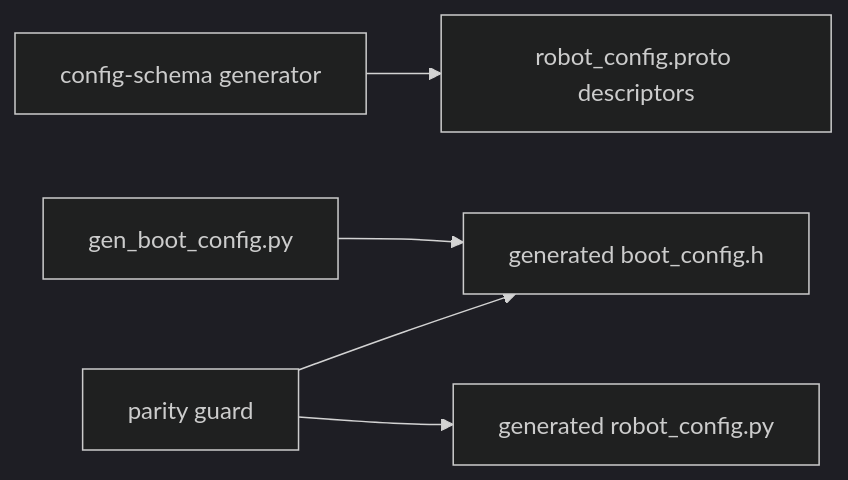
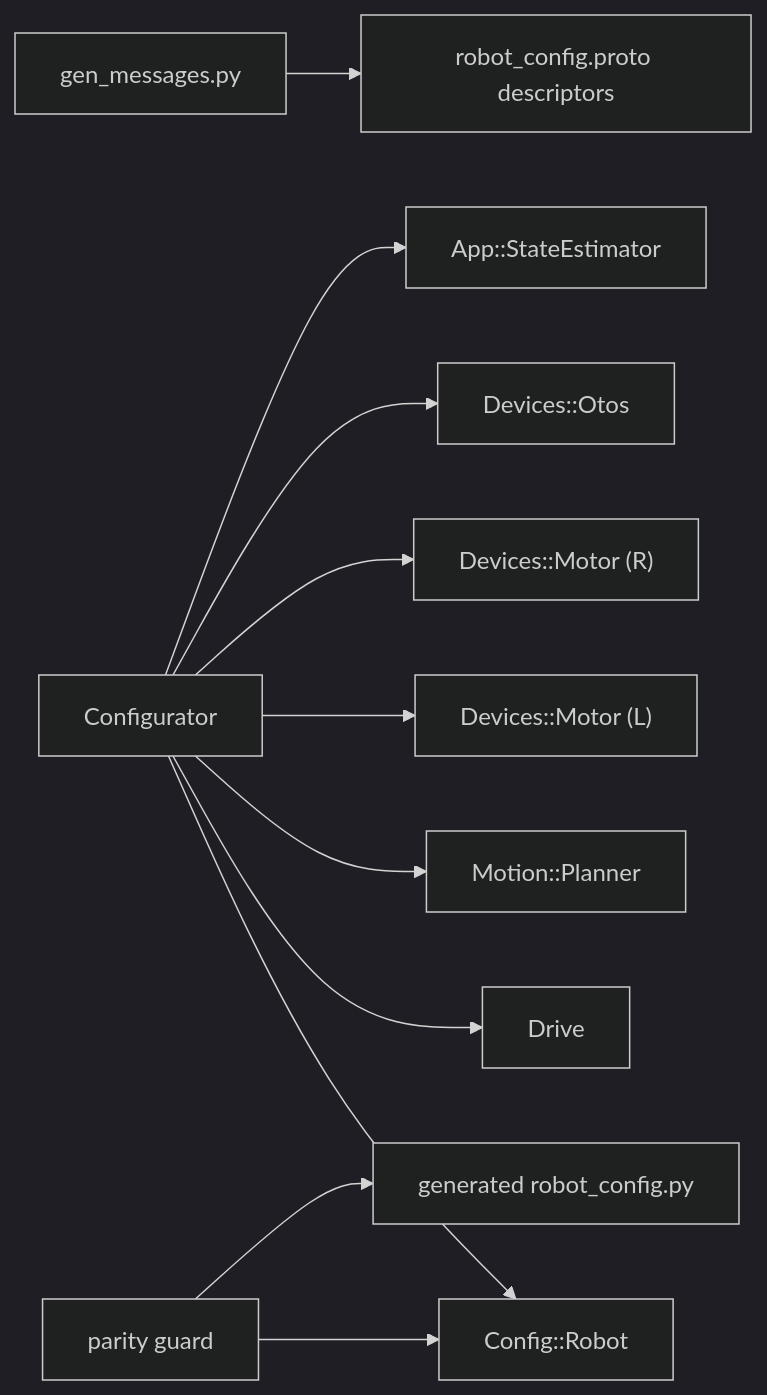
Before and after one commit to League-Robotics/radio-robot: the second of 2 diagrams in clasi/sprints/132-configuration-discipline-read-back-and-per-wheel-drive-calibration-over-the-wire/sprint.md, drawn with Mermaid (dark theme). The commit also changed other lines of this file and 20 other files, not shown here.

````diff
--- a/clasi/sprints/132-configuration-discipline-read-back-and-per-wheel-drive-calibration-over-the-wire/sprint.md
+++ b/clasi/sprints/132-configuration-discipline-read-back-and-per-wheel-drive-calibration-over-the-wire/sprint.md
@@ -460,7 +699,13 @@
 ```mermaid
 graph LR
-    SchemaGen2["config-schema generator"] --> Proto2["robot_config.proto descriptors"]
-    Baker2["gen_boot_config.py"] --> CppStructs2["generated boot_config.h"]
-    ParityGuard2["parity guard"] --> CppStructs2
+    Gen2["gen_messages.py"] --> Proto2["robot_config.proto descriptors"]
+    Configurator2["Configurator"] --> ConfigRobot2["Config::Robot"]
+    Configurator2 --> Drive2["Drive"]
+    Configurator2 --> Planner2["Motion::Planner"]
+    Configurator2 --> MotorL2["Devices::Motor (L)"]
+    Configurator2 --> MotorR2["Devices::Motor (R)"]
+    Configurator2 --> Otos2["Devices::Otos"]
+    Configurator2 --> Estimator2["App::StateEstimator"]
+    ParityGuard2["parity guard"] --> ConfigRobot2
     ParityGuard2 --> Pydantic2["generated robot_config.py"]
 ```
````
